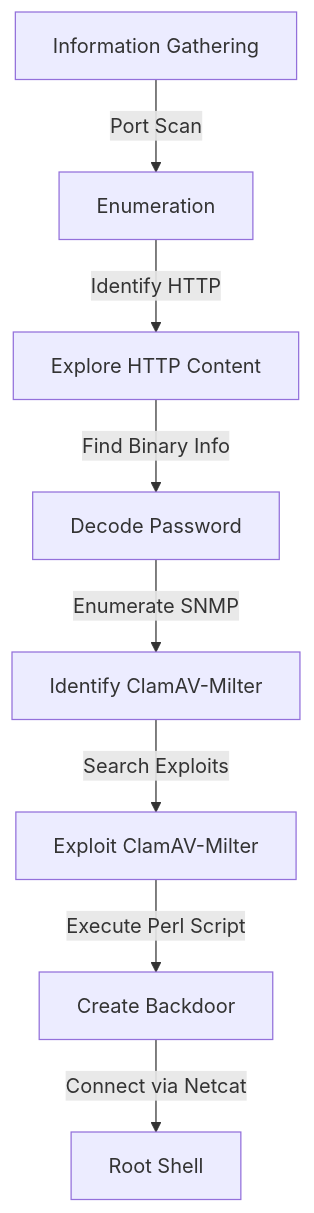
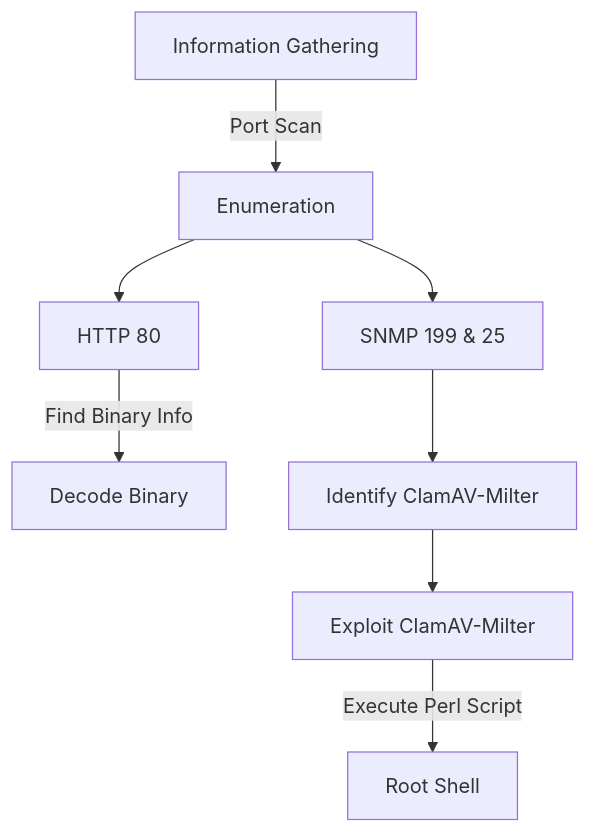
The diagram in _posts/2024-07-14-Proving-Grounds-ClamAV.md (ArthurHendrich/ArthurHendrich.github.io), drawn with Mermaid before and after one commit. The commit also changed 185 other files, not shown here.

````diff
--- a/_posts/2024-07-14-Proving-Grounds-ClamAV.md
+++ b/_posts/2024-07-14-Proving-Grounds-ClamAV.md
@@ -21,10 +21,9 @@
 ```mermaid
 graph TD
     A[Information Gathering] -->|Port Scan| B[Enumeration]
-    B -->|Identify HTTP| C[Explore HTTP Content]
-    C -->|Find Binary Info| D[Decode Password]
-    D -->|Enumerate SNMP| E[Identify ClamAV-Milter]
-    E -->|Search Exploits| F[Exploit ClamAV-Milter]
-    F -->|Execute Perl Script| G[Create Backdoor]
-    G -->|Connect via Netcat| H[Root Shell]
+    B --> C[HTTP 80]
+    C --> |Find Binary Info| D[Decode Binary]
+    B --> F[SNMP 199 & 25]
+    F --> G[Identify ClamAV-Milter]
+    G --> H[Exploit ClamAV-Milter] --> |Execute Perl Script| I[Root Shell]
 ```
````
